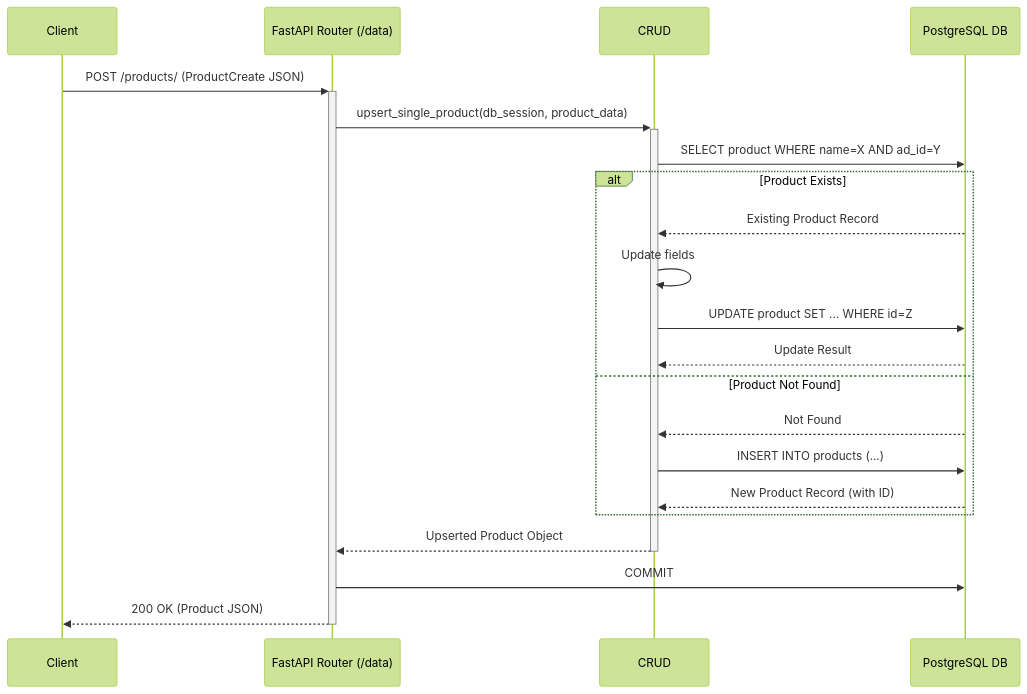
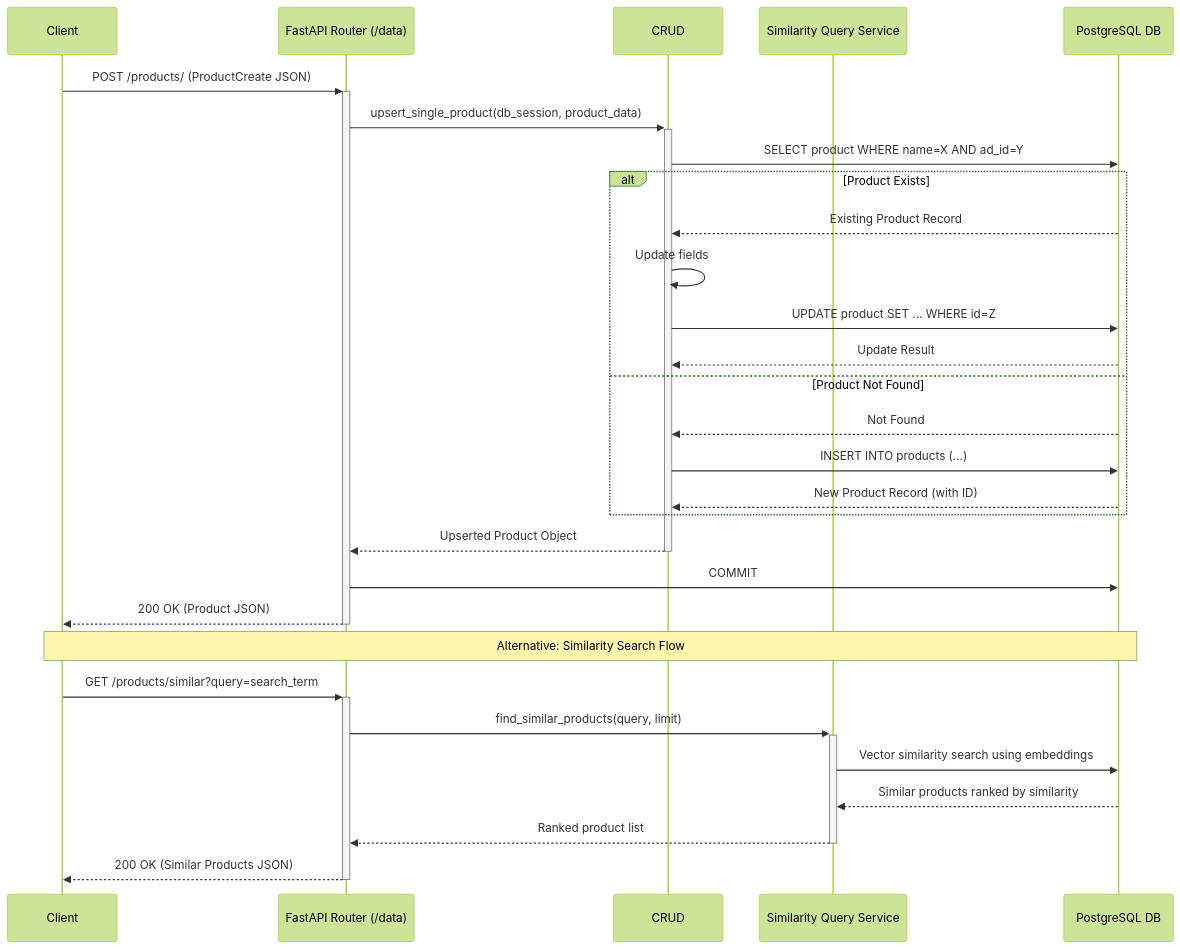
The eighth of 8 diagrams in docs/Mermaid.md (cobrauf/grocery-budget-assistant), drawn with Mermaid (forest theme) before and after one commit. The commit also changed other lines of this file and 4 other files, not shown here.

````diff
--- a/docs/Mermaid.md
+++ b/docs/Mermaid.md
@@ -326,24 +355,33 @@
 ```mermaid
 sequenceDiagram
     participant Client
     participant DataRouter as FastAPI Router (/data)
     participant CRUD
+    participant SimilarityService as Similarity Query Service
     participant DB as PostgreSQL DB
 
     Client->>+DataRouter: POST /products/ (ProductCreate JSON)
     DataRouter->>+CRUD: upsert_single_product(db_session, product_data)
     CRUD->>DB: SELECT product WHERE name=X AND ad_id=Y
     alt Product Exists
         DB-->>CRUD: Existing Product Record
         CRUD->>CRUD: Update fields
         CRUD->>DB: UPDATE product SET ... WHERE id=Z
         DB-->>CRUD: Update Result
     else Product Not Found
         DB-->>CRUD: Not Found
         CRUD->>DB: INSERT INTO products (...)
         DB-->>CRUD: New Product Record (with ID)
     end
     CRUD-->>-DataRouter: Upserted Product Object
     DataRouter->>DB: COMMIT
     DataRouter-->>-Client: 200 OK (Product JSON)
+
+    Note over Client,DB: Alternative: Similarity Search Flow
+    Client->>+DataRouter: GET /products/similar?query=search_term
+    DataRouter->>+SimilarityService: find_similar_products(query, limit)
+    SimilarityService->>DB: Vector similarity search using embeddings
+    DB-->>SimilarityService: Similar products ranked by similarity
+    SimilarityService-->>-DataRouter: Ranked product list
+    DataRouter-->>-Client: 200 OK (Similar Products JSON)
 ```
````
